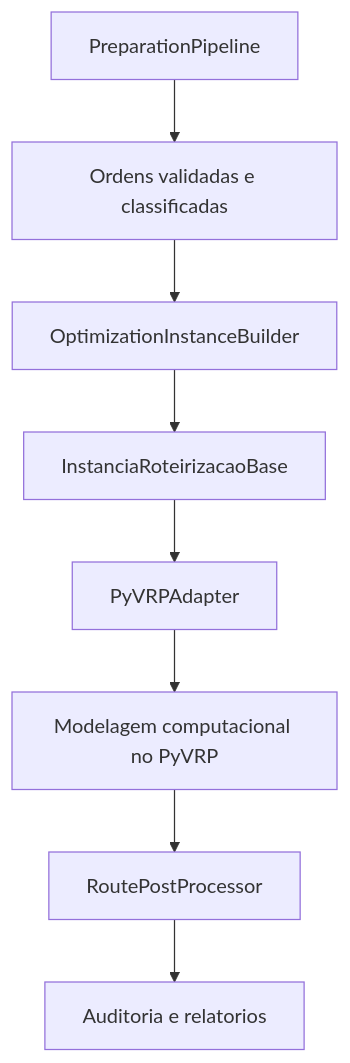
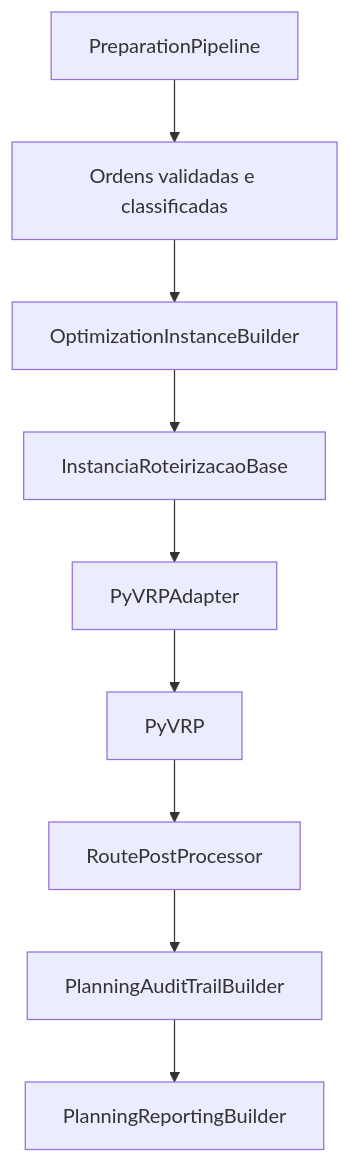
The second of 2 diagrams in docs/formulacao-matematica.md (ThiagoBibiano/aredes-roteirizacao-numerario), drawn with Mermaid before and after one commit. The commit also changed other lines of this file, not shown here.

````diff
--- a/docs/formulacao-matematica.md
+++ b/docs/formulacao-matematica.md
@@ -575,10 +454,11 @@
 ```mermaid
 flowchart TD
     A[PreparationPipeline] --> B[Ordens validadas e classificadas]
     B --> C[OptimizationInstanceBuilder]
     C --> D[InstanciaRoteirizacaoBase]
     D --> E[PyVRPAdapter]
-    E --> F[Modelagem computacional no PyVRP]
+    E --> F[PyVRP]
     F --> G[RoutePostProcessor]
-    G --> H[Auditoria e relatorios]
+    G --> H[PlanningAuditTrailBuilder]
+    H --> I[PlanningReportingBuilder]
 ```
````
